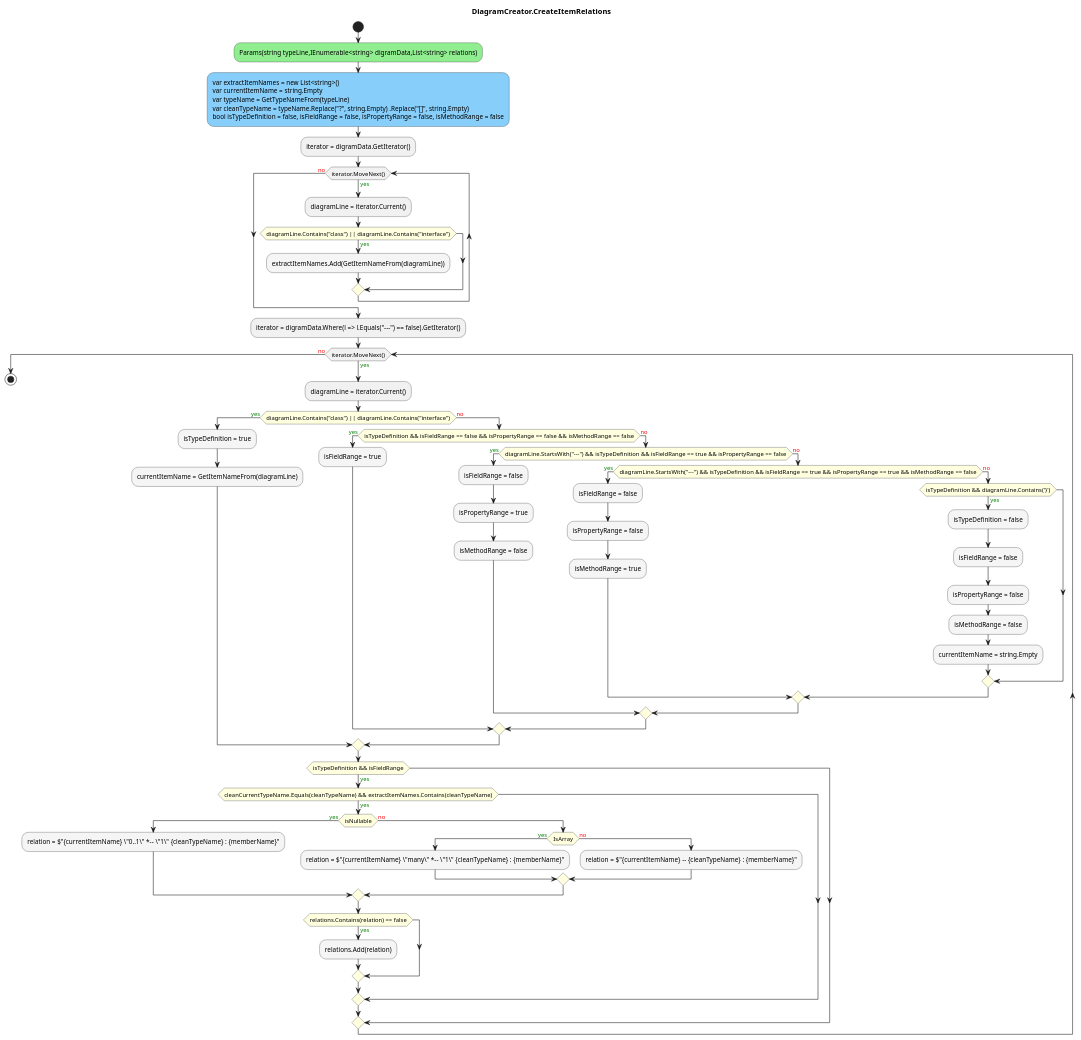
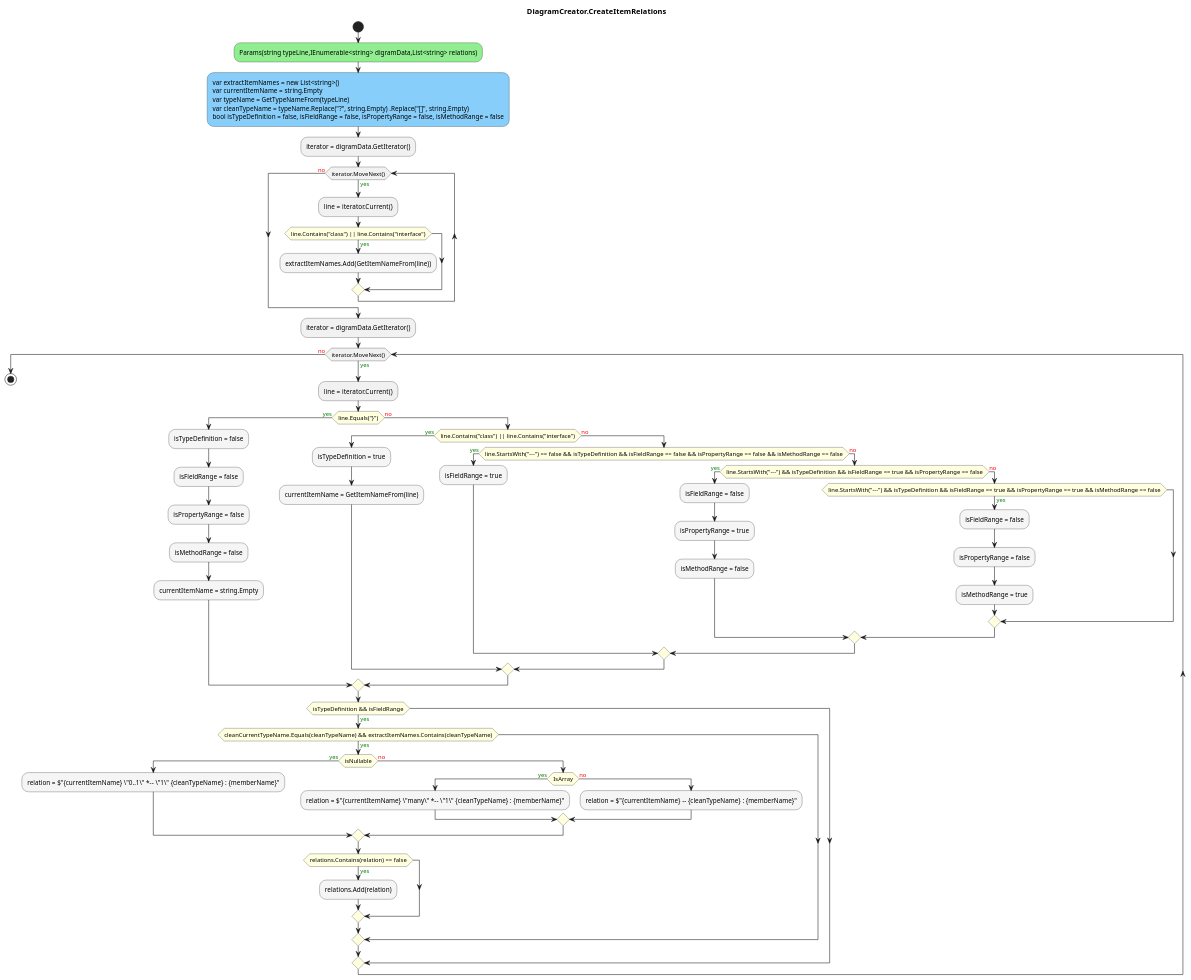
The diagram in PlantUML.Logic/diagrams/ac_DiagramCreator_CreateItemRelations.puml (leoggehrer/PlantUML), drawn with PlantUML before and after one commit. The commit also changed 51 other files, not shown here.

```diff
--- a/PlantUML.Logic/diagrams/ac_DiagramCreator_CreateItemRelations.puml
+++ b/PlantUML.Logic/diagrams/ac_DiagramCreator_CreateItemRelations.puml
@@ -1,62 +1,62 @@
 @startuml DiagramCreator.CreateItemRelations
 title DiagramCreator.CreateItemRelations
 start
 #LightGreen:Params(string typeLine,IEnumerable<string> digramData,List<string> relations);
 #LightSkyBlue:var extractItemNames = new List<string>()\nvar currentItemName = string.Empty\nvar typeName = GetTypeNameFrom(typeLine)\nvar cleanTypeName = typeName.Replace("?", string.Empty) .Replace("[]", string.Empty)\nbool isTypeDefinition = false, isFieldRange = false, isPropertyRange = false, isMethodRange = false;
 :iterator = digramData.GetIterator();
 while (iterator.MoveNext()) is (<color:green>yes)
-  :diagramLine = iterator.Current();
-    #LightYellow:if (diagramLine.Contains("class") || diagramLine.Contains("interface")) then (<color:green>yes)
-      #WhiteSmoke:extractItemNames.Add(GetItemNameFrom(diagramLine));
+  :line = iterator.Current();
+    #LightYellow:if (line.Contains("class") || line.Contains("interface")) then (<color:green>yes)
+      #WhiteSmoke:extractItemNames.Add(GetItemNameFrom(line));
     endif
 endwhile (<color:red>no)
-:iterator = digramData.Where(l => l.Equals("---") == false).GetIterator();
+:iterator = digramData.GetIterator();
 while (iterator.MoveNext()) is (<color:green>yes)
-  :diagramLine = iterator.Current();
-    #LightYellow:if (diagramLine.Contains("class") || diagramLine.Contains("interface")) then (<color:green>yes)
-      #WhiteSmoke:isTypeDefinition = true;
-      #WhiteSmoke:currentItemName = GetItemNameFrom(diagramLine);
+  :line = iterator.Current();
+    #LightYellow:if (line.Equals("}")) then (<color:green>yes)
+      #WhiteSmoke:isTypeDefinition = false;
+      #WhiteSmoke:isFieldRange = false;
+      #WhiteSmoke:isPropertyRange = false;
+      #WhiteSmoke:isMethodRange = false;
+      #WhiteSmoke:currentItemName = string.Empty;
       else (<color:red>no)
-        #LightYellow:if (isTypeDefinition && isFieldRange == false && isPropertyRange == false && isMethodRange == false) then (<color:green>yes)
-          #WhiteSmoke:isFieldRange = true;
+        #LightYellow:if (line.Contains("class") || line.Contains("interface")) then (<color:green>yes)
+          #WhiteSmoke:isTypeDefinition = true;
+          #WhiteSmoke:currentItemName = GetItemNameFrom(line);
           else (<color:red>no)
-            #LightYellow:if (diagramLine.StartsWith("---") && isTypeDefinition && isFieldRange == true && isPropertyRange == false) then (<color:green>yes)
-              #WhiteSmoke:isFieldRange = false;
-              #WhiteSmoke:isPropertyRange = true;
-              #WhiteSmoke:isMethodRange = false;
+            #LightYellow:if (line.StartsWith("---") == false && isTypeDefinition && isFieldRange == false && isPropertyRange == false && isMethodRange == false) then (<color:green>yes)
+              #WhiteSmoke:isFieldRange = true;
               else (<color:red>no)
-                #LightYellow:if (diagramLine.StartsWith("---") && isTypeDefinition && isFieldRange == true && isPropertyRange == true && isMethodRange == false) then (<color:green>yes)
+                #LightYellow:if (line.StartsWith("---") && isTypeDefinition && isFieldRange == true && isPropertyRange == false) then (<color:green>yes)
                   #WhiteSmoke:isFieldRange = false;
-                  #WhiteSmoke:isPropertyRange = false;
-                  #WhiteSmoke:isMethodRange = true;
+                  #WhiteSmoke:isPropertyRange = true;
+                  #WhiteSmoke:isMethodRange = false;
                   else (<color:red>no)
-                    #LightYellow:if (isTypeDefinition && diagramLine.Contains('}')) then (<color:green>yes)
-                      #WhiteSmoke:isTypeDefinition = false;
+                    #LightYellow:if (line.StartsWith("---") && isTypeDefinition && isFieldRange == true && isPropertyRange == true && isMethodRange == false) then (<color:green>yes)
                       #WhiteSmoke:isFieldRange = false;
                       #WhiteSmoke:isPropertyRange = false;
-                      #WhiteSmoke:isMethodRange = false;
-                      #WhiteSmoke:currentItemName = string.Empty;
+                      #WhiteSmoke:isMethodRange = true;
                     endif
                 endif
             endif
         endif
     endif
     #LightYellow:if (isTypeDefinition && isFieldRange) then (<color:green>yes)
       #LightYellow:if (cleanCurrentTypeName.Equals(cleanTypeName) && extractItemNames.Contains(cleanTypeName)) then (<color:green>yes)
         #LightYellow:if (isNullable) then (<color:green>yes)
           #WhiteSmoke:relation = $"{currentItemName} \"0..1\" *-- \"1\" {cleanTypeName} : {memberName}";
           else (<color:red>no)
             #LightYellow:if (IsArray) then (<color:green>yes)
               #WhiteSmoke:relation = $"{currentItemName} \"many\" *-- \"1\" {cleanTypeName} : {memberName}";
               else (<color:red>no)
                 #WhiteSmoke:relation = $"{currentItemName} -- {cleanTypeName} : {memberName}";
             endif
         endif
         #LightYellow:if (relations.Contains(relation) == false) then (<color:green>yes)
           #WhiteSmoke:relations.Add(relation);
         endif
       endif
     endif
 endwhile (<color:red>no)
 stop
 @enduml
```
